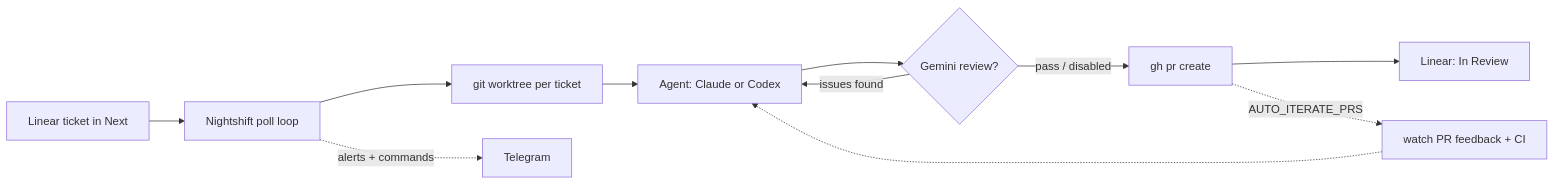
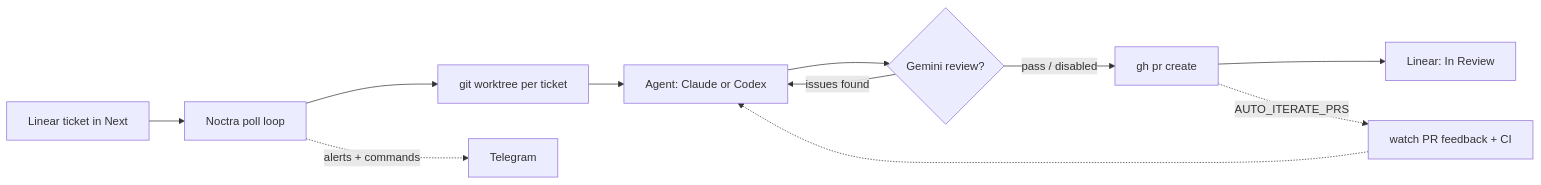
The diagram in README.md (ahmadAlMezaal/noctra), drawn with Mermaid before and after one commit. The commit also changed other lines of this file and 67 other files, not shown here.

First line of the commit message:
ENG-204: rename project from Nightshift to Noctra (#126)

````diff
--- a/README.md
+++ b/README.md
@@ -39,13 +39,13 @@
 ```mermaid
 flowchart LR
-    L[Linear ticket in Next] --> N[Nightshift poll loop]
+    L[Linear ticket in Next] --> N[Noctra poll loop]
     N --> W[git worktree per ticket]
     W --> A[Agent: Claude or Codex]
     A --> G{Gemini review?}
     G -->|pass / disabled| PR[gh pr create]
     G -->|issues found| A
     PR --> R[Linear: In Review]
     PR -.->|AUTO_ITERATE_PRS| WATCH[watch PR feedback + CI]
     WATCH -.-> A
     N -.->|alerts + commands| TG[Telegram]
 ```
````
